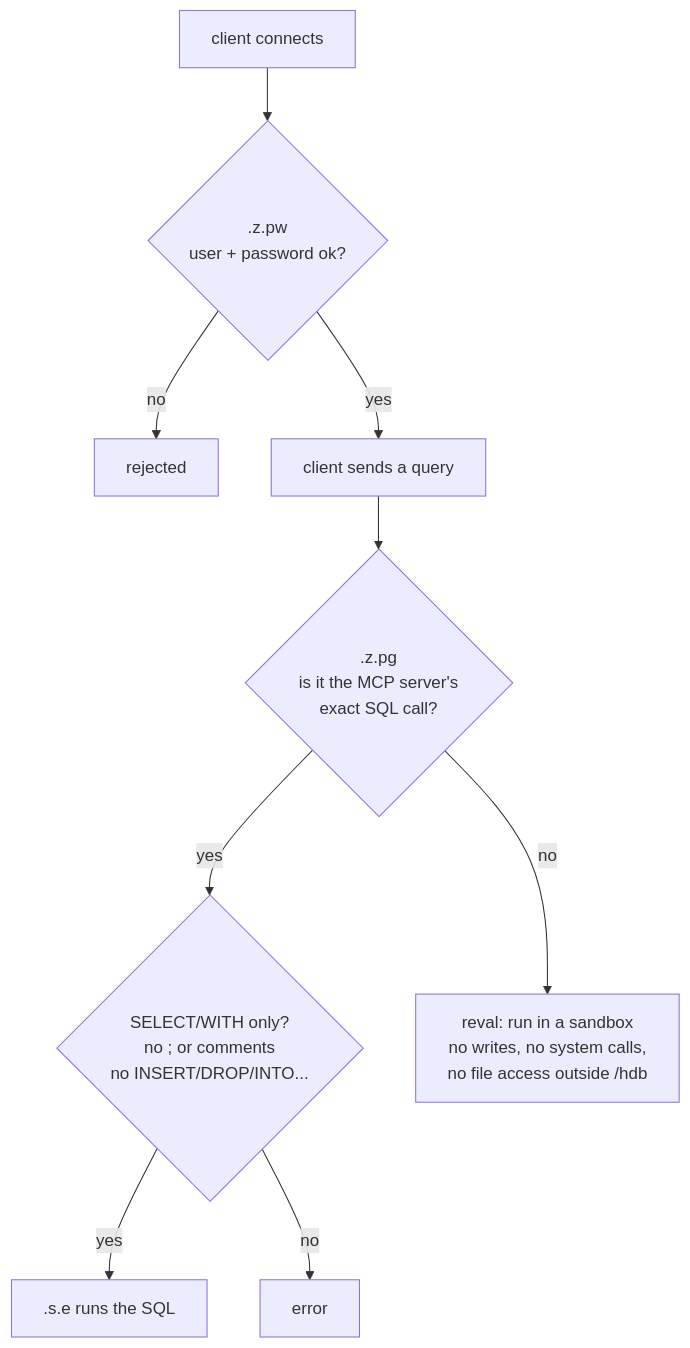
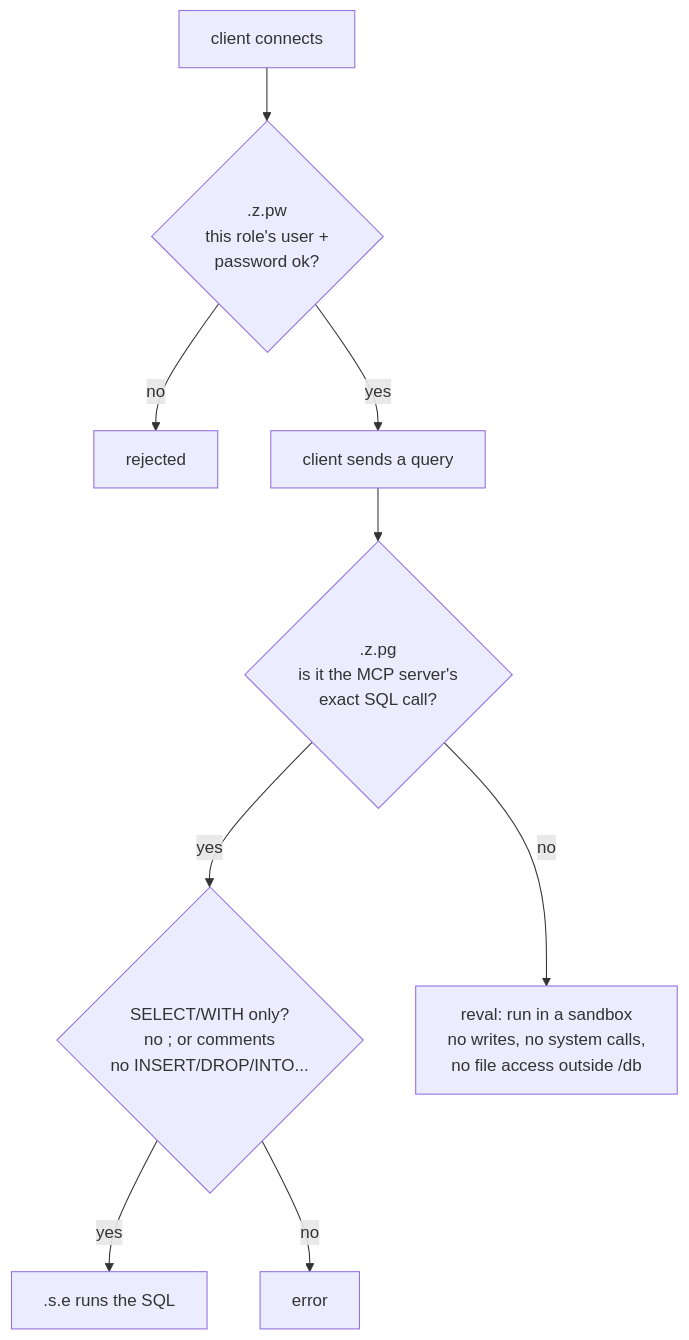
The diagram in doc/02-kdb.md (ronozh/kdb-ai-chat), drawn with Mermaid before and after one commit. The commit also changed other lines of this file and 9 other files, not shown here.

Commit message:
Docs: role-based access (06-roles.md) and updates across docs, README, plan

````diff
--- a/doc/02-kdb.md
+++ b/doc/02-kdb.md
@@ -152,10 +156,10 @@
 ```mermaid
 flowchart TD
-    C[client connects] --> PW{".z.pw<br/>user + password ok?"}
+    C[client connects] --> PW{".z.pw<br/>this role's user +<br/>password ok?"}
     PW -- no --> X[rejected]
     PW -- yes --> Q[client sends a query] --> PG{".z.pg<br/>is it the MCP server's<br/>exact SQL call?"}
     PG -- yes --> RO{"SELECT/WITH only?<br/>no ; or comments<br/>no INSERT/DROP/INTO..."}
     RO -- yes --> SQL[".s.e runs the SQL"]
     RO -- no --> E1[error]
-    PG -- no --> RV["reval: run in a sandbox<br/>no writes, no system calls,<br/>no file access outside /hdb"]
+    PG -- no --> RV["reval: run in a sandbox<br/>no writes, no system calls,<br/>no file access outside /db"]
 ```
````
